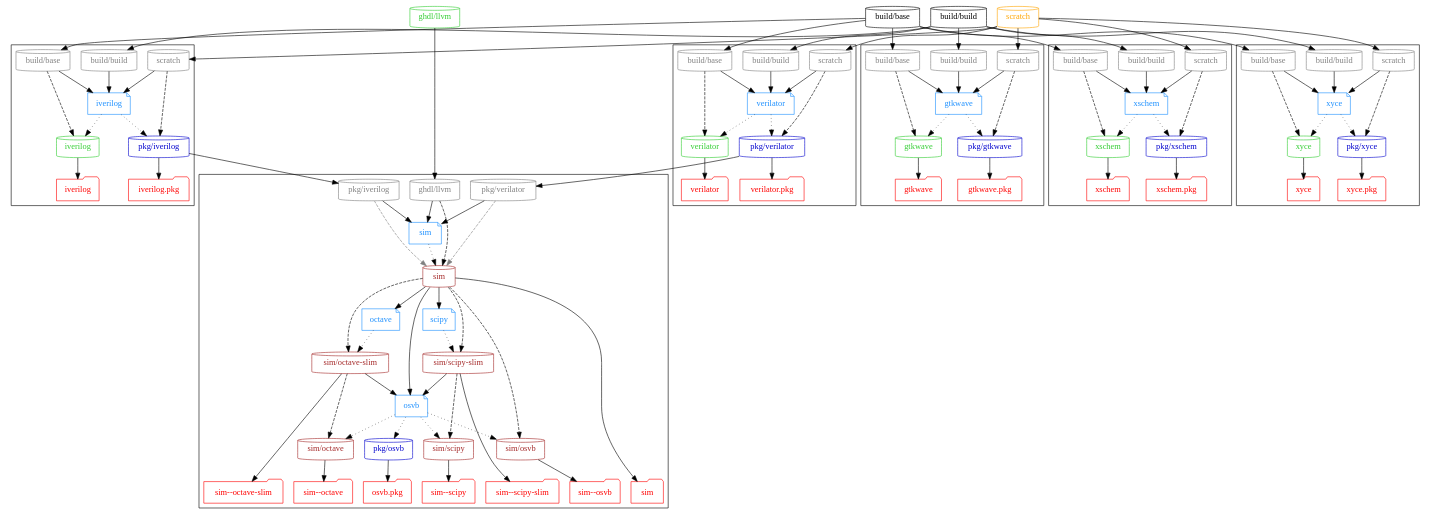
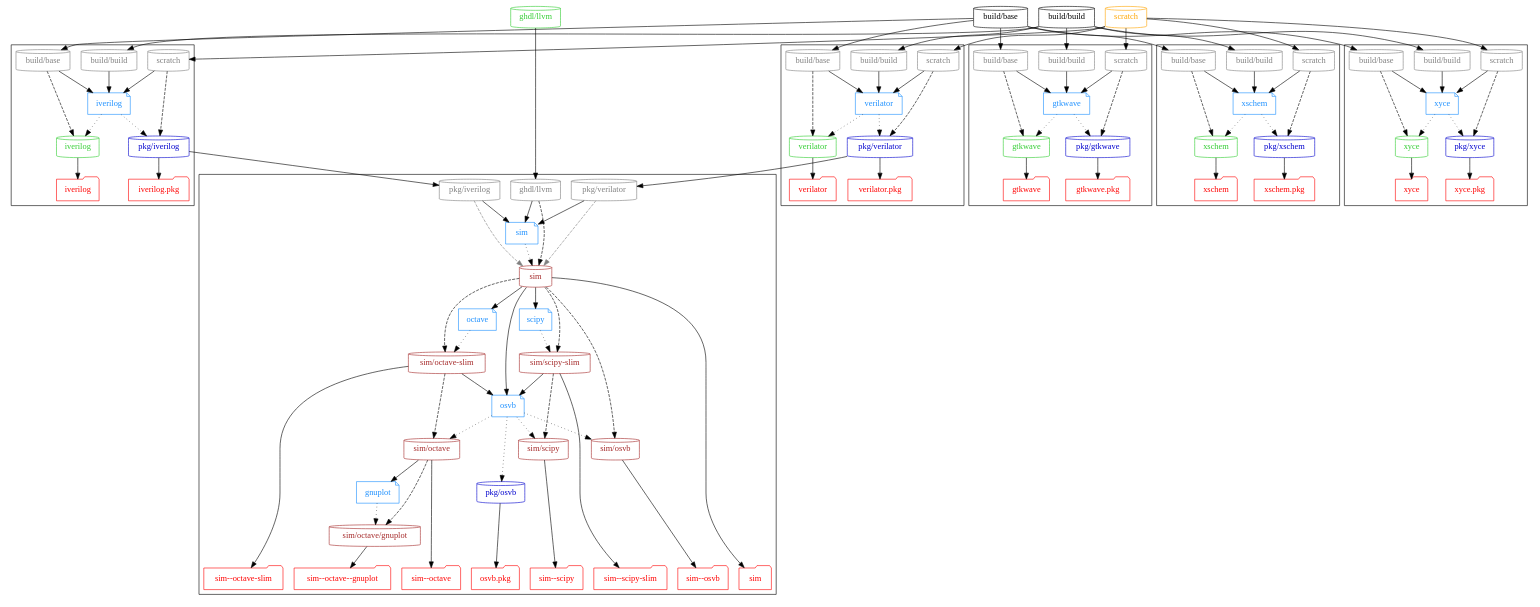
The diagram in doc/graph/sim.dot (hdl/containers), drawn with Graphviz before and after one commit. The commit also changed 8 other files, not shown here.

```diff
--- a/doc/graph/sim.dot
+++ b/doc/graph/sim.dot
@@ -30,6 +30,7 @@
     d_verilator [label="verilator"];
     d_sim       [label="sim"];
     d_octave    [label="octave"];
+    d_gnuplot   [label="gnuplot"];
     d_scipy     [label="scipy"];
     d_osvb      [label="osvb"];
     d_xschem    [label="xschem"];
@@ -63,6 +64,7 @@
       "sim/scipy"
       "sim/octave-slim"
       "sim/octave"
+      "sim/octave/gnuplot"
       "sim/osvb"
     }
   }
@@ -161,7 +163,7 @@
     "sim" -> {
       d_osvb;
       d_scipy;
-      d_octave
+      d_octave;
     };
 
     d_osvb -> {
@@ -171,23 +173,20 @@
       "sim/octave"
     } [style=dotted];
 
-    {
-      "sim/scipy-slim"
-      "sim/octave-slim"
-    } -> d_osvb;
-
     d_scipy -> "sim/scipy-slim" [style=dotted];
     d_octave -> "sim/octave-slim" [style=dotted];
+    d_gnuplot -> "sim/octave/gnuplot" [style=dotted];
 
     { rank=same
       node [shape=folder, color=red, fontcolor=red]
-      "t_sim"             [label="sim"];
-      "t_pkg/osvb"        [label="osvb.pkg"];
-      "t_sim/osvb"        [label="sim--osvb"];
-      "t_sim/scipy-slim"  [label="sim--scipy-slim"];
-      "t_sim/scipy"       [label="sim--scipy"];
-      "t_sim/octave-slim" [label="sim--octave-slim"];
-      "t_sim/octave"      [label="sim--octave"];
+      "t_sim"                [label="sim"];
+      "t_pkg/osvb"           [label="osvb.pkg"];
+      "t_sim/osvb"           [label="sim--osvb"];
+      "t_sim/scipy-slim"     [label="sim--scipy-slim"];
+      "t_sim/scipy"          [label="sim--scipy"];
+      "t_sim/octave-slim"    [label="sim--octave-slim"];
+      "t_sim/octave"         [label="sim--octave"];
+      "t_sim/octave/gnuplot" [label="sim--octave--gnuplot"];
     }
 
     "sim" -> "t_sim";
@@ -197,6 +196,7 @@
     "sim/scipy" -> "t_sim/scipy";
     "sim/octave-slim" -> "t_sim/octave-slim";
     "sim/octave" -> "t_sim/octave";
+    "sim/octave/gnuplot" -> "t_sim/octave/gnuplot";
   }
 
   subgraph cluster_xschem {
@@ -271,6 +271,13 @@
   "pkg/verilator" -> "p_sim_pkg/verilator" -> d_sim;
   "pkg/iverilog" -> "p_sim_pkg/iverilog" -> d_sim;
 
+   {
+     "sim/scipy-slim"
+     "sim/octave-slim"
+   } -> d_osvb;
+
+   "sim/octave" -> d_gnuplot;
+
   # Image dependencies
 
   { edge [style=dashed]
@@ -296,7 +303,7 @@
     };
 
     "sim/scipy-slim" -> "sim/scipy";
-    "sim/octave-slim" -> "sim/octave";
+    "sim/octave-slim" -> "sim/octave" -> "sim/octave/gnuplot";
   }
 
   { edge [style=dashed, color=grey]
```
